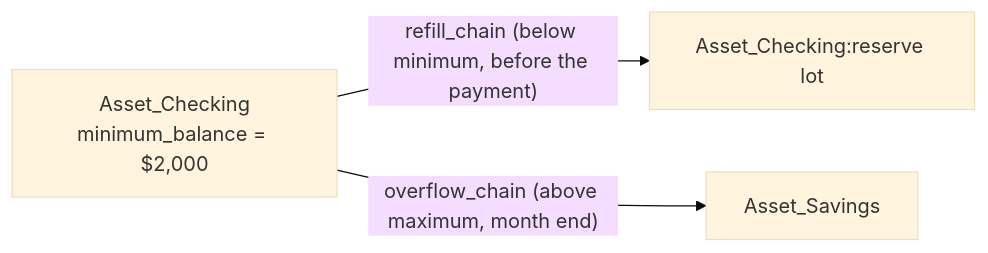
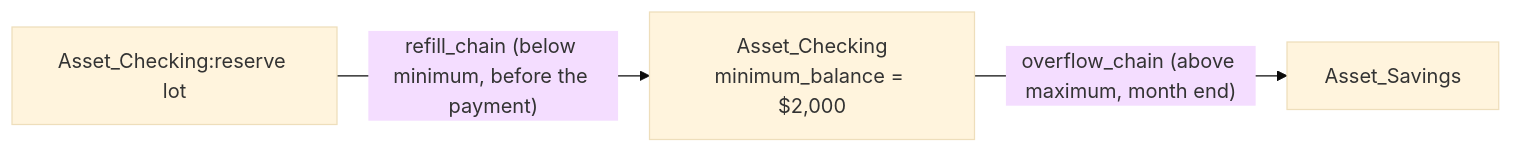
The third of 3 diagrams in docs/user-guide.md (BobKerns/analysis), drawn with Mermaid (base theme) before and after one commit. The commit also changed other lines of this file and 32 other files, not shown here.

````diff
--- a/docs/user-guide.md
+++ b/docs/user-guide.md
@@ -409,8 +409,8 @@
 ```mermaid
 flowchart LR
     checking["Asset_Checking\nminimum_balance = $2,000"]
     reserve["Asset_Checking:reserve lot"]
     savings["Asset_Savings"]
-    checking -- "refill_chain (below minimum, before the payment)" --> reserve
+    reserve -- "refill_chain (below minimum, before the payment)" --> checking
     checking -- "overflow_chain (above maximum, month end)" --> savings
 ```
````
